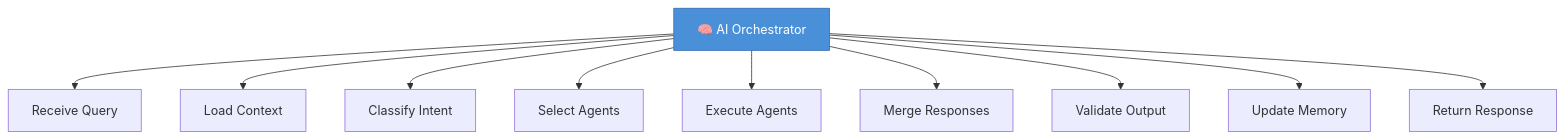
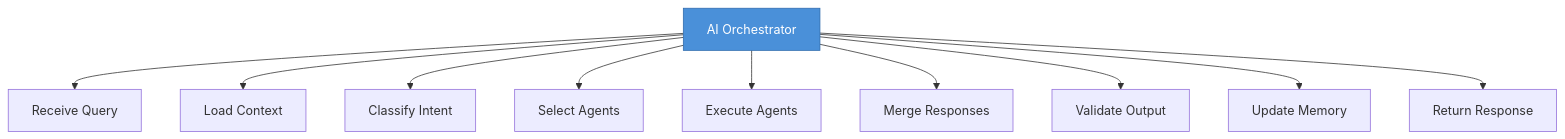
The third of 23 diagrams in docs/03_AI_and_Agent_Architecture.md (Samarjamal326/MediOrchesctrator-Agent), drawn with Mermaid before and after one commit. The commit also changed other lines of this file and 5 other files, not shown here.

````diff
--- a/docs/03_AI_and_Agent_Architecture.md
+++ b/docs/03_AI_and_Agent_Architecture.md
@@ -127,16 +127,16 @@
 ```mermaid
 graph TB
-    Orch[🧠 AI Orchestrator]
+    Orch[ AI Orchestrator]
     
     Orch --> R1[Receive Query]
     Orch --> R2[Load Context]
     Orch --> R3[Classify Intent]
     Orch --> R4[Select Agents]
     Orch --> R5[Execute Agents]
     Orch --> R6[Merge Responses]
     Orch --> R7[Validate Output]
     Orch --> R8[Update Memory]
     Orch --> R9[Return Response]
 
     style Orch fill:#4A90D9,stroke:#2E6BAE,color:#fff
 ```
````
